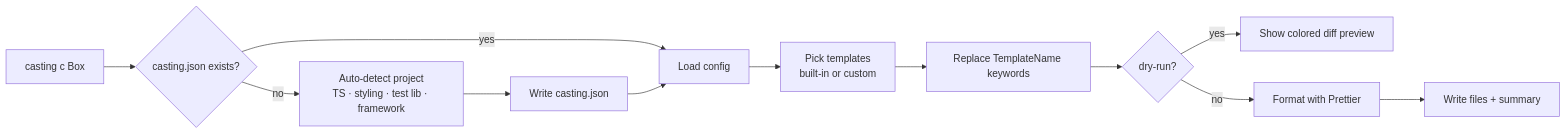
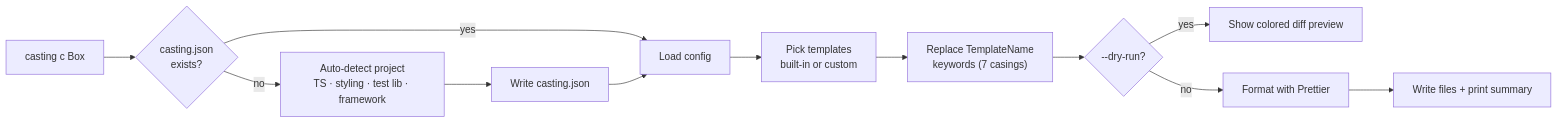
One commit to Aditya060806/Casting changed the second of 2 diagrams in readme.md. Above: the diagram before and after it, drawn with Mermaid. The commit also changed other lines of this file, not shown here.

Commit message:
docs: overhaul README with comparison matrix, efficiency charts, and how-it-works

````diff
--- a/readme.md
+++ b/readme.md
@@ -119,14 +155,14 @@
 ```mermaid
 flowchart LR
-    A[casting c Box] --> B{casting.json exists?}
-    B -- no --> C[Auto-detect project<br/>TS · styling · test lib · framework]
-    C --> D[Write casting.json]
-    B -- yes --> E[Load config]
+    A["casting c Box"] --> B{"casting.json<br/>exists?"}
+    B -- no --> C["Auto-detect project<br/>TS · styling · test lib · framework"]
+    C --> D["Write casting.json"]
+    B -- yes --> E["Load config"]
     D --> E
-    E --> F[Pick templates<br/>built-in or custom]
-    F --> G[Replace TemplateName keywords]
-    G --> H{dry-run?}
-    H -- yes --> I[Show colored diff preview]
-    H -- no --> J[Format with Prettier]
-    J --> K[Write files + summary]
+    E --> F["Pick templates<br/>built-in or custom"]
+    F --> G["Replace TemplateName<br/>keywords (7 casings)"]
+    G --> H{"--dry-run?"}
+    H -- yes --> I["Show colored diff preview"]
+    H -- no --> J["Format with Prettier"]
+    J --> K["Write files + print summary"]
 ```
````
